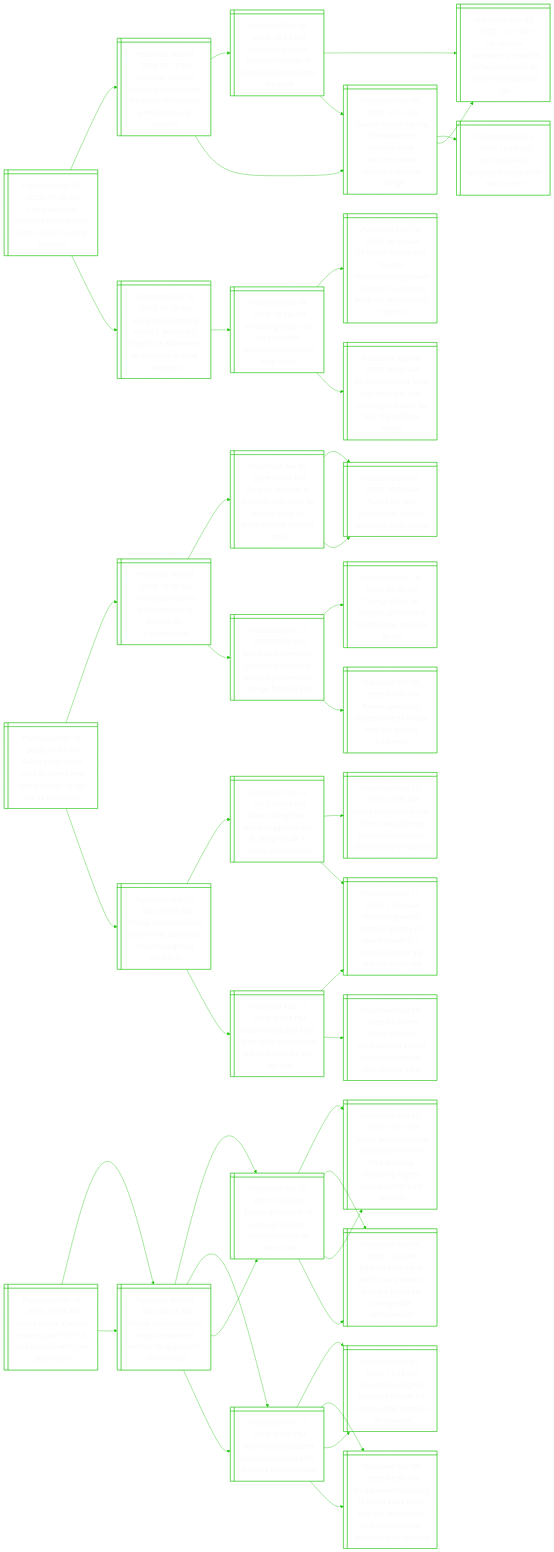
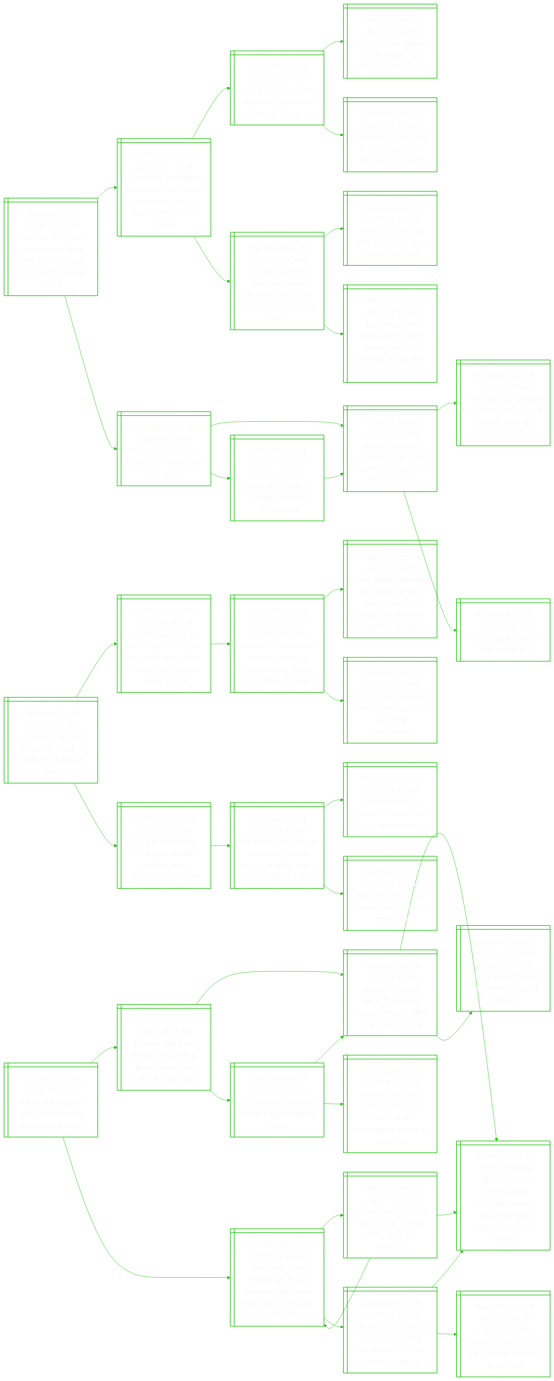
The diagram in README.md (notJmes/notJmes), drawn with Mermaid before and after one commit. The commit also changed other lines of this file, not shown here.

````diff
--- a/README.md
+++ b/README.md
@@ -16,133 +16,121 @@
 flowchart LR
 classDef txtsize font-size:20px;
 
-Fasidefohne@{ shape: win-pane, label: "_Published Dec 10, 2025, 07:48 AM_
-Fda examines possible adult deaths from covid-19 shots in probe" }
-Kdcdrnccoertae@{ shape: win-pane, label: "_Published Dec 08, 2025, 07:15 AM_
-Kennedy vaccine advisers ‘turned back the clock’ on disease prevention, say experts" }
-Ucaphiaetrrf@{ shape: win-pane, label: "_Published Dec 06, 2025, 10:25 AM_
-Us vaccine panel upends hepatitis b advice in latest trump-era shift" }
-Ucotethsdssny@{ shape: win-pane, label: "_Published Dec 03, 2025, 11:01 AM_
-Us vaccine committee’s hepatitis b changes would be most consequential yet" }
-TeeDmoespeoevnn@{ shape: win-pane, label: "_Published Dec 04, 2025, 10:12 AM_
-Twelve former us fda commissioners express deep concern about agency’s vaccine change" }
-TeeDmoespeoevnn@{ shape: win-pane, label: "_Published Dec 04, 2025, 10:12 AM_
-Twelve former us fda commissioners express deep concern about agency’s vaccine change" }
-Usyidcsre@{ shape: win-pane, label: "_Published Dec 03, 2025, 10:25 AM_
-Us fda’s newly appointed drugs chief set to retire" }
-Ucotethsdssny@{ shape: win-pane, label: "_Published Dec 03, 2025, 11:01 AM_
-Us vaccine committee’s hepatitis b changes would be most consequential yet" }
-Ulcreeyituuaeole@{ shape: win-pane, label: "_Published Nov 18, 2025, 05:10 AM_
-Us health secretary robert f. kennedy jr tries to tie aluminium in vaccines to food allergies" }
-MaulStryeso@{ shape: win-pane, label: "_Published Sep 04, 2025, 10:20 AM_
-Medical groups call on us health secretary kennedy to step down" }
-Ulttormnitcretnes@{ shape: win-pane, label: "_Published May 16, 2025, 06:40 AM_
-Us health authorities to stop recommending covid-19 shots for children, pregnant women, wsj reports" }
-Ucotskoagsstfli@{ shape: win-pane, label: "_Published Aug 28, 2025, 08:08 AM_
-Us cdc chief out after just weeks in role, challenges ouster as four top officials resign" }
+MSsoeidslcasy@{ shape: win-pane, label: "_Published Dec 10, 2025, 11:35 AM_
+Most us teens use youtube and tiktok daily, some ‘almost constantly’, survey says" }
+Ctngsieidngieae@{ shape: win-pane, label: "_Published Dec 08, 2025, 12:11 PM_
+Christmas unplugged: australian teen social media ban brings holiday headspace woes" }
+Tkmisntae@{ shape: win-pane, label: "_Published Dec 05, 2025, 03:11 PM_
+Tiktok to comply with ‘upsetting’ australian under-16 ban" }
+Hsinaeoid@{ shape: win-pane, label: "_Published Dec 01, 2025, 12:50 PM_
+How australia plans to ban under-16s from social media" }
+Msvebussla@{ shape: win-pane, label: "_Published Dec 04, 2025, 09:12 AM_
+Malaysia government to block under-16s from social media" }
+Aaaedfwaiaatct@{ shape: win-pane, label: "_Published Dec 05, 2025, 05:00 AM_
+Australia says the world will follow social media ban as meta starts blocking teens" }
+Ybowulecea@{ shape: win-pane, label: "_Published Dec 03, 2025, 10:55 AM_
+Youtube to comply with australia’s teen social media ban" }
+Aathnslaattbs@{ shape: win-pane, label: "_Published Dec 02, 2025, 09:09 AM_
+Australian teen challenging social media ban says internet will be less safe" }
+Coeirhweo@{ shape: win-pane, label: "_Published Sep 28, 2025, 01:15 PM_
+Chatbots are hurting our kids – here’s what we can do" }
+OIsdhTrneUnc@{ shape: win-pane, label: "_Published Aug 27, 2025, 07:50 AM_
+Openai plans to update chatgpt after parents sue over us teen’s suicide" }
+HehTtiueliiir@{ shape: win-pane, label: "_Published May 10, 2025, 11:15 AM_
+Hear me out: chatgpt is not my friend, but it lends a late-night listening ear" }
+Cbraes@{ shape: win-pane, label: "_Published Jul 28, 2025, 05:00 AM_
+Can ai be my friend and therapist?" }
+OIdnolhTrea@{ shape: win-pane, label: "_Published Sep 02, 2025, 11:06 PM_
+Openai to add parental controls to chatgpt after us teen’s death" }
+OIsdhTrneUnc@{ shape: win-pane, label: "_Published Aug 27, 2025, 07:50 AM_
+Openai plans to update chatgpt after parents sue over us teen’s suicide" }
 
-Fasidefohne:::txtsize --> Kdcdrnccoertae:::txtsize
-Kdcdrnccoertae:::txtsize --> Ucaphiaetrrf:::txtsize
-Ucaphiaetrrf:::txtsize --> Ucotethsdssny:::txtsize
-Ucaphiaetrrf:::txtsize --> TeeDmoespeoevnn:::txtsize
-Kdcdrnccoertae:::txtsize --> TeeDmoespeoevnn:::txtsize
-TeeDmoespeoevnn:::txtsize --> Usyidcsre:::txtsize
-TeeDmoespeoevnn:::txtsize --> Ucotethsdssny:::txtsize
-Fasidefohne:::txtsize --> Ulcreeyituuaeole:::txtsize
-Ulcreeyituuaeole:::txtsize --> MaulStryeso:::txtsize
-MaulStryeso:::txtsize --> Ulttormnitcretnes:::txtsize
-MaulStryeso:::txtsize --> Ucotskoagsstfli:::txtsize
+MSsoeidslcasy:::txtsize --> Ctngsieidngieae:::txtsize
+Ctngsieidngieae:::txtsize --> Tkmisntae:::txtsize
+Tkmisntae:::txtsize --> Hsinaeoid:::txtsize
+Tkmisntae:::txtsize --> Msvebussla:::txtsize
+Ctngsieidngieae:::txtsize --> Aaaedfwaiaatct:::txtsize
+Aaaedfwaiaatct:::txtsize --> Ybowulecea:::txtsize
+Aaaedfwaiaatct:::txtsize --> Aathnslaattbs:::txtsize
+MSsoeidslcasy:::txtsize --> Coeirhweo:::txtsize
+Coeirhweo:::txtsize --> OIsdhTrneUnc:::txtsize
+OIsdhTrneUnc:::txtsize --> HehTtiueliiir:::txtsize
+OIsdhTrneUnc:::txtsize --> Cbraes:::txtsize
+Coeirhweo:::txtsize --> OIdnolhTrea:::txtsize
+OIdnolhTrea:::txtsize --> OIsdhTrneUnc:::txtsize
 
-RsscssouaiSo@{ shape: win-pane, label: "_Published Dec 10, 2025, 07:45 AM_
-Rubio stages font coup as times new roman ousts calibri for us diplomats" }
-UecectnDom@{ shape: win-pane, label: "_Published Dec 03, 2025, 10:40 AM_
-Us wireless carrier at&t commits to ending dei programmes" }
-Utedsfsplageeh@{ shape: win-pane, label: "_Published Jan 22, 2025, 05:18 PM_
-Us govt workers in diversity offices to be put on leave as programmes ordered shut" }
-TcioirdsGi@{ shape: win-pane, label: "_Published Jan 21, 2025, 10:16 AM_
-Trump curtails protections around diversity, lgbtq rights" }
-TcioirdsGi@{ shape: win-pane, label: "_Published Jan 21, 2025, 10:16 AM_
-Trump curtails protections around diversity, lgbtq rights" }
-MSeiiiegpftoeia@{ shape: win-pane, label: "_Published Oct 17, 2025, 08:50 AM_
-More us universities join mit in rejecting trump’s preferential college funding plan" }
-TosoeftugrtM@{ shape: win-pane, label: "_Published Oct 14, 2025, 08:00 AM_
-Trump offers all colleges preferential funding plan rejected by mit" }
-BUrrtiuasaat@{ shape: win-pane, label: "_Published Oct 16, 2025, 07:00 AM_
-Brown university rejects a white house deal for special treatment" }
-Taitahnetidr@{ shape: win-pane, label: "_Published Feb 27, 2025, 09:53 AM_
-Trump administration says it has cancelled most foreign aid contracts" }
-Udpseekrtnshs@{ shape: win-pane, label: "_Published Feb 14, 2025, 07:44 AM_
-Usaid disruptions leave oxygen tanks, tb drugs stuck in ships, warehouses" }
-Ucasosgpnaoiton@{ shape: win-pane, label: "_Published Feb 12, 2025, 02:08 AM_
-Usaid contractors join others suing trump administration over dismantling of agency" }
-WdruugAainednrt@{ shape: win-pane, label: "_Published Feb 11, 2025, 11:28 AM_
-Watchdog warns trump’s gutting of usaid leaves $11 billion unspent aid with no oversight" }
-Uwdrtilriitec@{ shape: win-pane, label: "_Published Feb 12, 2025, 02:45 PM_
-Usaid watchdog fired after critical report on bid to dismantle the agency" }
-WdruugAainednrt@{ shape: win-pane, label: "_Published Feb 11, 2025, 11:28 AM_
-Watchdog warns trump’s gutting of usaid leaves $11 billion unspent aid with no oversight" }
-Uctgeeugote@{ shape: win-pane, label: "_Published Feb 10, 2025, 02:36 PM_
-Usaid climate programmes aimed to curb migration. now they’re gone" }
+UdlIetolUis@{ shape: win-pane, label: "_Published Dec 10, 2025, 10:50 AM_
+Us trade deal with indonesia at risk of collapse, us official says" }
+SasoofeaswnNsnke@{ shape: win-pane, label: "_Published Dec 06, 2025, 04:00 PM_
+S’pore and rest of world worse off after us tariffs; ties within asean must stay on track: sm lee" }
+SMseooottogdsistp@{ shape: win-pane, label: "_Published Dec 04, 2025, 12:12 PM_
+S’pore, malaysia deepen collaboration; continue talks on longstanding issues in ‘constructive spirit’" }
+Nbrclaomogeyese@{ shape: win-pane, label: "_Published Dec 04, 2025, 06:30 PM_
+New sabah, sarawak consulates among outcomes from singapore-malaysia leaders’ retreat" }
+SMslntplrcgt@{ shape: win-pane, label: "_Published Dec 04, 2025, 07:05 PM_
+S’pore, malaysia will jointly study optimal air traffic management" }
+UtbyCiaocdrter@{ shape: win-pane, label: "_Published Dec 05, 2025, 11:11 AM_
+Us wants stability with china instead of conflict: trade representative greer" }
+Unloehmsewne@{ shape: win-pane, label: "_Published Oct 30, 2025, 10:01 AM_
+Us, china seal deal on rare earths; trump says xi meeting was a 12 on scale of 1 to 10" }
+LnmegvpSaee@{ shape: win-pane, label: "_Published Oct 30, 2025, 12:05 AM_
+Looming trump-xi meeting revives hope of us-china trade truce" }
+Wrteamdar@{ shape: win-pane, label: "_Published Oct 21, 2025, 09:47 PM_
+Why rare earths are china’s trump card in trade war" }
 
-RsscssouaiSo:::txtsize --> UecectnDom:::txtsize
-UecectnDom:::txtsize --> Utedsfsplageeh:::txtsize
-Utedsfsplageeh:::txtsize --> TcioirdsGi:::txtsize
-Utedsfsplageeh:::txtsize --> TcioirdsGi:::txtsize
-UecectnDom:::txtsize --> MSeiiiegpftoeia:::txtsize
-MSeiiiegpftoeia:::txtsize --> TosoeftugrtM:::txtsize
-MSeiiiegpftoeia:::txtsize --> BUrrtiuasaat:::txtsize
-RsscssouaiSo:::txtsize --> Taitahnetidr:::txtsize
-Taitahnetidr:::txtsize --> Udpseekrtnshs:::txtsize
-Udpseekrtnshs:::txtsize --> Ucasosgpnaoiton:::txtsize
-Udpseekrtnshs:::txtsize --> WdruugAainednrt:::txtsize
-Taitahnetidr:::txtsize --> Uwdrtilriitec:::txtsize
-Uwdrtilriitec:::txtsize --> WdruugAainednrt:::txtsize
-Uwdrtilriitec:::txtsize --> Uctgeeugote:::txtsize
+UdlIetolUis:::txtsize --> SasoofeaswnNsnke:::txtsize
+SasoofeaswnNsnke:::txtsize --> SMseooottogdsistp:::txtsize
+SMseooottogdsistp:::txtsize --> Nbrclaomogeyese:::txtsize
+SMseooottogdsistp:::txtsize --> SMslntplrcgt:::txtsize
+UdlIetolUis:::txtsize --> UtbyCiaocdrter:::txtsize
+UtbyCiaocdrter:::txtsize --> Unloehmsewne:::txtsize
+Unloehmsewne:::txtsize --> LnmegvpSaee:::txtsize
+Unloehmsewne:::txtsize --> Wrteamdar:::txtsize
 
-CoampoilWeei@{ shape: win-pane, label: "_Published Dec 10, 2025, 07:35 AM_
-‘come north!’ canada makes play for h-1b visa holders with new talent drive" }
-TaitrectfpnHa@{ shape: win-pane, label: "_Published Dec 04, 2025, 08:25 AM_
-Trump administration orders enhanced vetting for applicants of h-1b visa" }
-Tddisepooes@{ shape: win-pane, label: "_Published Nov 12, 2025, 10:39 AM_
-Trump defends h-1b visas as needed despite moves to raise costs" }
-TaitreHaevnhibrwr@{ shape: win-pane, label: "_Published Sep 23, 2025, 10:07 PM_
-Trump administration proposes new h-1b visa process favouring higher-skilled, better-paid workers" }
-Rndpiotmcirnrn@{ shape: win-pane, label: "_Published Sep 08, 2025, 11:00 PM_
-Raid on hyundai-lg plant in us points to trump’s focus on immigration enforcement" }
-Innuemrfrvvu@{ shape: win-pane, label: "_Published Nov 17, 2025, 02:30 PM_
-International student enrolment drops after trump’s visa overhaul" }
-UanpoloifrBe@{ shape: win-pane, label: "_Published Oct 07, 2025, 11:18 AM_
-Us visa no longer a passport to love for indians after trump h-1b squeeze" }
-Spnenemuroplnrtnu@{ shape: win-pane, label: "_Published Apr 08, 2025, 05:00 AM_
-Singaporean students in us on edge amid trump’s crackdown on pro-palestinian protesters on campus" }
-TaitrectfpnHa@{ shape: win-pane, label: "_Published Dec 04, 2025, 08:25 AM_
-Trump administration orders enhanced vetting for applicants of h-1b visa" }
-Tddisepooes@{ shape: win-pane, label: "_Published Nov 12, 2025, 10:39 AM_
-Trump defends h-1b visas as needed despite moves to raise costs" }
-TaitreHaevnhibrwr@{ shape: win-pane, label: "_Published Sep 23, 2025, 10:07 PM_
-Trump administration proposes new h-1b visa process favouring higher-skilled, better-paid workers" }
-Rndpiotmcirnrn@{ shape: win-pane, label: "_Published Sep 08, 2025, 11:00 PM_
-Raid on hyundai-lg plant in us points to trump’s focus on immigration enforcement" }
-Innuemrfrvvu@{ shape: win-pane, label: "_Published Nov 17, 2025, 02:30 PM_
-International student enrolment drops after trump’s visa overhaul" }
-UanpoloifrBe@{ shape: win-pane, label: "_Published Oct 07, 2025, 11:18 AM_
-Us visa no longer a passport to love for indians after trump h-1b squeeze" }
-Spnenemuroplnrtnu@{ shape: win-pane, label: "_Published Apr 08, 2025, 05:00 AM_
-Singaporean students in us on edge amid trump’s crackdown on pro-palestinian protesters on campus" }
+UkaieCoann@{ shape: win-pane, label: "_Published Dec 10, 2025, 08:52 AM_
+Us backs japan in dispute with china over radar incident" }
+CsscerdJelyeys@{ shape: win-pane, label: "_Published Dec 07, 2025, 08:41 AM_
+Chinese jets direct fire-control radar at japanese military planes, tokyo says" }
+JPaaddwmaCstm@{ shape: win-pane, label: "_Published Nov 10, 2025, 02:44 PM_
+Japan pm sanae takaichi defends taiwan remarks after chinese criticism" }
+JpsaCdmitarkiwm@{ shape: win-pane, label: "_Published Nov 10, 2025, 02:00 PM_
+Japan protests against china diplomat’s violent threat over pm takaichi’s taiwan remark" }
+ChuaSTcriioi@{ shape: win-pane, label: "_Published Nov 02, 2025, 11:37 AM_
+China hits out at japan’s sanae takaichi for meeting taiwan’s officials" }
+Cacotsnps@{ shape: win-pane, label: "_Published Nov 27, 2025, 07:55 AM_
+China again cautions citizens against japan visits" }
+JPaaddwmaCstm@{ shape: win-pane, label: "_Published Nov 10, 2025, 02:44 PM_
+Japan pm sanae takaichi defends taiwan remarks after chinese criticism" }
+JfbitCriktrrs@{ shape: win-pane, label: "_Published Nov 21, 2025, 07:08 AM_
+Japan faces $1.6b tourism hit amid china row; trip bookings to s’pore, s. korea rise" }
+EmoiJPatTbfiaihie@{ shape: win-pane, label: "_Published Nov 25, 2025, 09:58 AM_
+‘extremely good friends’: japan pm takaichi touts trump bond after first talks since china dispute" }
+Xwroiaptnas@{ shape: win-pane, label: "_Published Nov 25, 2025, 11:00 AM_
+Xi may want trump to rein in japan in spat with china, say analysts" }
+EmoiJPatTbfiaihie@{ shape: win-pane, label: "_Published Nov 25, 2025, 09:58 AM_
+‘extremely good friends’: japan pm takaichi touts trump bond after first talks since china dispute" }
+JpsaCdmitarkiwm@{ shape: win-pane, label: "_Published Nov 10, 2025, 02:00 PM_
+Japan protests against china diplomat’s violent threat over pm takaichi’s taiwan remark" }
+JslrcrthcsTnr@{ shape: win-pane, label: "_Published Nov 25, 2025, 09:35 AM_
+Japan sends letter to un chief rebutting china’s claims over taiwan remarks" }
+JpsaCdmitarkiwm@{ shape: win-pane, label: "_Published Nov 10, 2025, 02:00 PM_
+Japan protests against china diplomat’s violent threat over pm takaichi’s taiwan remark" }
+Xlmtatsowdpc@{ shape: win-pane, label: "_Published Nov 24, 2025, 11:38 PM_
+Xi tells trump that taiwan’s ‘return’ is key to post-war order in phone call" }
 
-CoampoilWeei:::txtsize --> TaitrectfpnHa:::txtsize
-TaitrectfpnHa:::txtsize --> Tddisepooes:::txtsize
-Tddisepooes:::txtsize --> TaitreHaevnhibrwr:::txtsize
-Tddisepooes:::txtsize --> Rndpiotmcirnrn:::txtsize
-TaitrectfpnHa:::txtsize --> Innuemrfrvvu:::txtsize
-Innuemrfrvvu:::txtsize --> UanpoloifrBe:::txtsize
-Innuemrfrvvu:::txtsize --> Spnenemuroplnrtnu:::txtsize
-CoampoilWeei:::txtsize --> TaitrectfpnHa:::txtsize
-TaitrectfpnHa:::txtsize --> Tddisepooes:::txtsize
-Tddisepooes:::txtsize --> TaitreHaevnhibrwr:::txtsize
-Tddisepooes:::txtsize --> Rndpiotmcirnrn:::txtsize
-TaitrectfpnHa:::txtsize --> Innuemrfrvvu:::txtsize
-Innuemrfrvvu:::txtsize --> UanpoloifrBe:::txtsize
-Innuemrfrvvu:::txtsize --> Spnenemuroplnrtnu:::txtsize
+UkaieCoann:::txtsize --> CsscerdJelyeys:::txtsize
+CsscerdJelyeys:::txtsize --> JPaaddwmaCstm:::txtsize
+JPaaddwmaCstm:::txtsize --> JpsaCdmitarkiwm:::txtsize
+JPaaddwmaCstm:::txtsize --> ChuaSTcriioi:::txtsize
+CsscerdJelyeys:::txtsize --> Cacotsnps:::txtsize
+Cacotsnps:::txtsize --> JPaaddwmaCstm:::txtsize
+Cacotsnps:::txtsize --> JfbitCriktrrs:::txtsize
+UkaieCoann:::txtsize --> EmoiJPatTbfiaihie:::txtsize
+EmoiJPatTbfiaihie:::txtsize --> Xwroiaptnas:::txtsize
+Xwroiaptnas:::txtsize --> EmoiJPatTbfiaihie:::txtsize
+Xwroiaptnas:::txtsize --> JpsaCdmitarkiwm:::txtsize
+EmoiJPatTbfiaihie:::txtsize --> JslrcrthcsTnr:::txtsize
+JslrcrthcsTnr:::txtsize --> JpsaCdmitarkiwm:::txtsize
+JslrcrthcsTnr:::txtsize --> Xlmtatsowdpc:::txtsize
 
 ```
````
